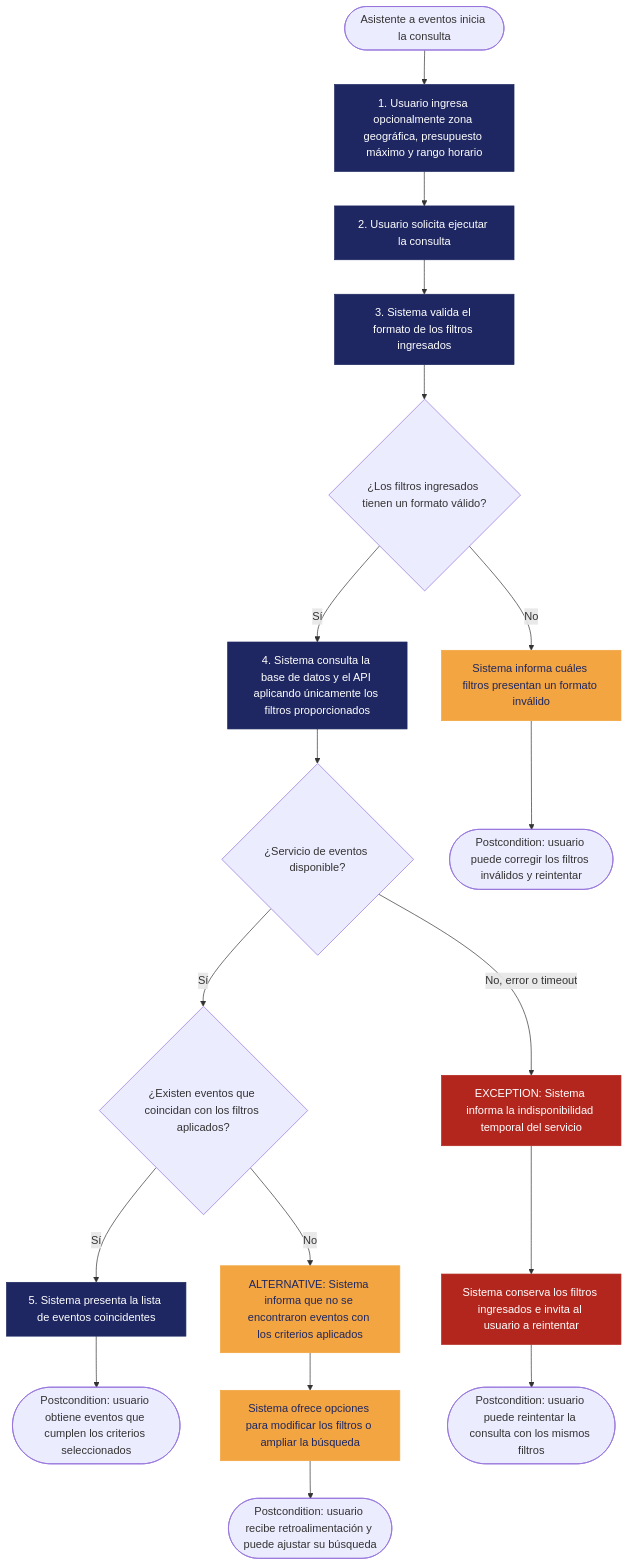
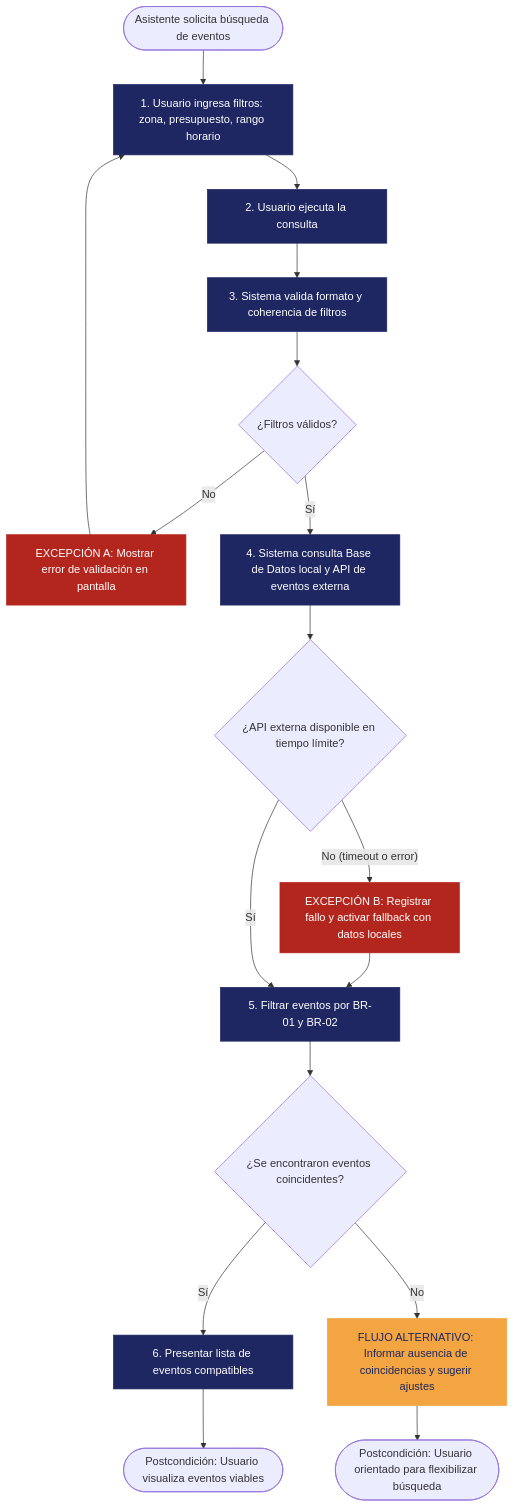
Before and after one commit to ProyectPlanning/Sistema_de_eventos: the diagram in Docs/requerimientos/REQ-01.md, drawn with Mermaid. The commit also changed other lines of this file, not shown here.

Commit message:
Correcciones según lo visto por el profesor en clase del REQ 01

````diff
--- a/Docs/requerimientos/REQ-01.md
+++ b/Docs/requerimientos/REQ-01.md
@@ -148,33 +163,33 @@
 ```mermaid
 flowchart TD
-    A([Asistente a eventos inicia la consulta]) --> B["1. Usuario ingresa opcionalmente zona geográfica, presupuesto máximo y rango horario"]
-    B --> C["2. Usuario solicita ejecutar la consulta"]
-    C --> D["3. Sistema valida el formato de los filtros ingresados"]
-    D --> E{"¿Los filtros ingresados tienen un formato válido?"}
+    A([Asistente solicita búsqueda de eventos]) --> B["1. Usuario ingresa filtros: zona, presupuesto, rango horario"]
+    B --> C["2. Usuario ejecuta la consulta"]
+    C --> D["3. Sistema valida formato y coherencia de filtros"]
+    D --> E{"¿Filtros válidos?"}
 
-    E -- "Sí" --> F["4. Sistema consulta la base de datos y el API aplicando únicamente los filtros proporcionados"]
-    F --> G{"¿Servicio de eventos disponible?"}
+    E -- "No" --> F["EXCEPCIÓN A: Mostrar error de validación en pantalla"]
+    F --> B
 
-    G -- "Sí" --> H{"¿Existen eventos que coincidan con los filtros aplicados?"}
-    H -- "Sí" --> I["5. Sistema presenta la lista de eventos coincidentes"]
-    I --> J(["Postcondition: usuario obtiene eventos que cumplen los criterios seleccionados"])
+    E -- "Sí" --> G["4. Sistema consulta Base de Datos local y API de eventos externa"]
+    G --> H{"¿API externa disponible en tiempo límite?"}
 
-    H -- "No" --> K["ALTERNATIVE: Sistema informa que no se encontraron eventos con los criterios aplicados"]
-    K --> L["Sistema ofrece opciones para modificar los filtros o ampliar la búsqueda"]
-    L --> M(["Postcondition: usuario recibe retroalimentación y puede ajustar su búsqueda"])
+    H -- "No (timeout o error)" --> I["EXCEPCIÓN B: Registrar fallo y activar fallback con datos locales"]
+    I --> J["5. Filtrar eventos por BR-01 y BR-02"]
+    
+    H -- "Sí" --> J
 
-    G -- "No, error o timeout" --> N["EXCEPTION: Sistema informa la indisponibilidad temporal del servicio"]
-    N --> O["Sistema conserva los filtros ingresados e invita al usuario a reintentar"]
-    O --> P(["Postcondition: usuario puede reintentar la consulta con los mismos filtros"])
+    J --> K{"¿Se encontraron eventos coincidentes?"}
+    K -- "Sí" --> L["6. Presentar lista de eventos compatibles"]
+    L --> M([Postcondición: Usuario visualiza eventos viables])
 
-    E -- "No" --> Q["Sistema informa cuáles filtros presentan un formato inválido"]
-    Q --> R(["Postcondition: usuario puede corregir los filtros inválidos y reintentar"])
+    K -- "No" --> N["FLUJO ALTERNATIVO: Informar ausencia de coincidencias y sugerir ajustes"]
+    N --> O([Postcondición: Usuario orientado para flexibilizar búsqueda])
 
     classDef mainflow fill:#1E2761,color:#ffffff,stroke:#1E2761;
     classDef alt fill:#F2A541,color:#1E2761,stroke:#F2A541;
     classDef exception fill:#B3261E,color:#ffffff,stroke:#B3261E;
 
-    class B,C,D,F,I mainflow;
-    class K,L,Q alt;
-    class N,O exception;
+    class B,C,D,G,J,L mainflow;
+    class N alt;
+    class F,I exception;
 ```
````
